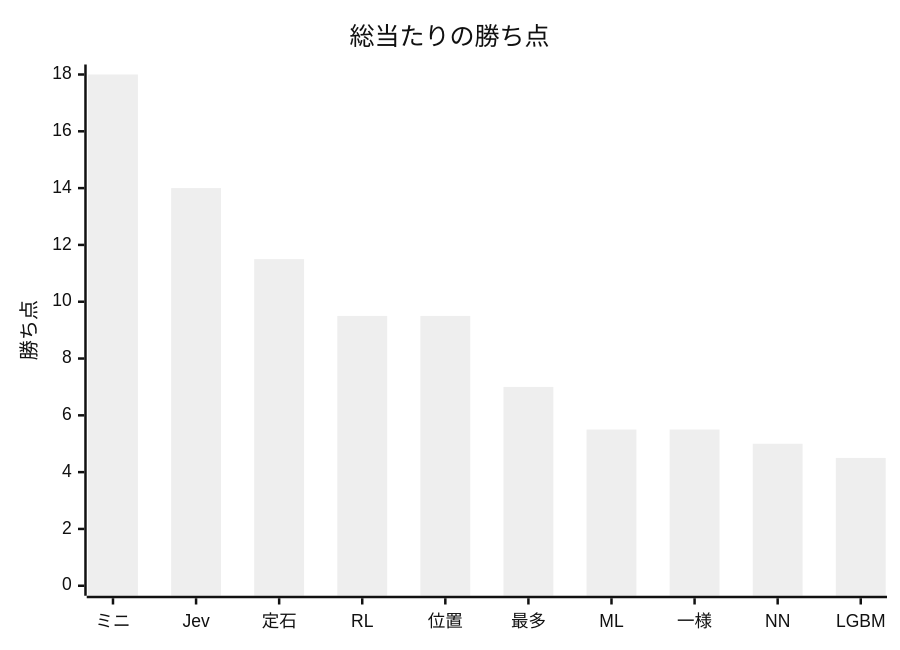
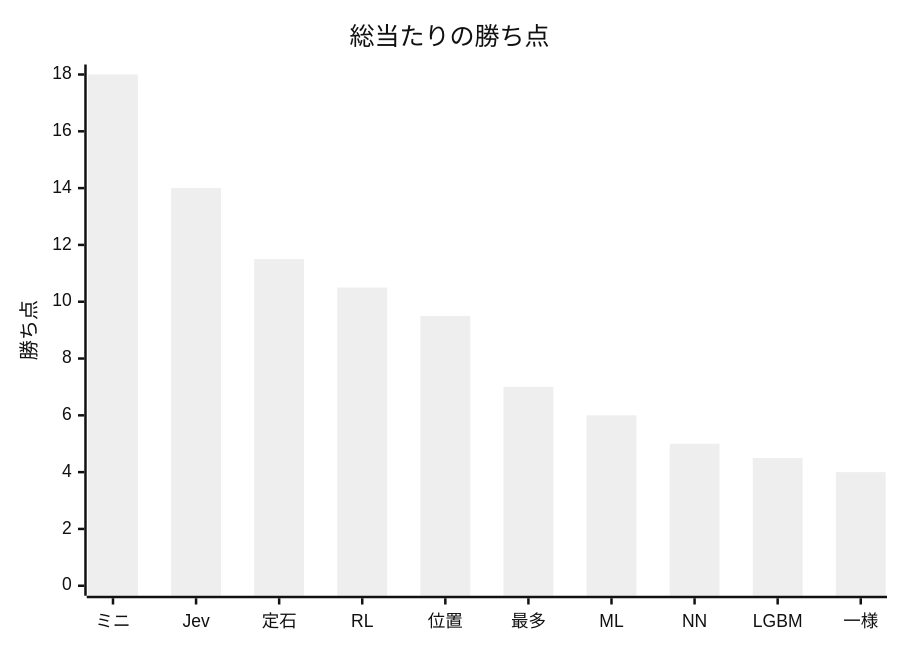
One commit to gnkm/reversi-ai changed the diagram in docs/benchmarks/round-robin.md. Above: the diagram before and after it, drawn with Mermaid (neutral theme). The commit also changed other lines of this file and 2 other files, not shown here.

First line of the commit message:
docs(benchmarks): Jev 優先回答と着手後評価の総当たり結果を更新する

````diff
--- a/docs/benchmarks/round-robin.md
+++ b/docs/benchmarks/round-robin.md
@@ -36,7 +36,7 @@
 ```mermaid
 xychart-beta
     title "総当たりの勝ち点"
-    x-axis ["ミニ", "Jev", "定石", "RL", "位置", "最多", "ML", "一様", "NN", "LGBM"]
+    x-axis ["ミニ", "Jev", "定石", "RL", "位置", "最多", "ML", "NN", "LGBM", "一様"]
     y-axis "勝ち点" 0 --> 18
-    bar [18, 14, 11.5, 9.5, 9.5, 7, 5.5, 5.5, 5, 4.5]
+    bar [18, 14, 11.5, 10.5, 9.5, 7, 6, 5, 4.5, 4]
 ```
````
